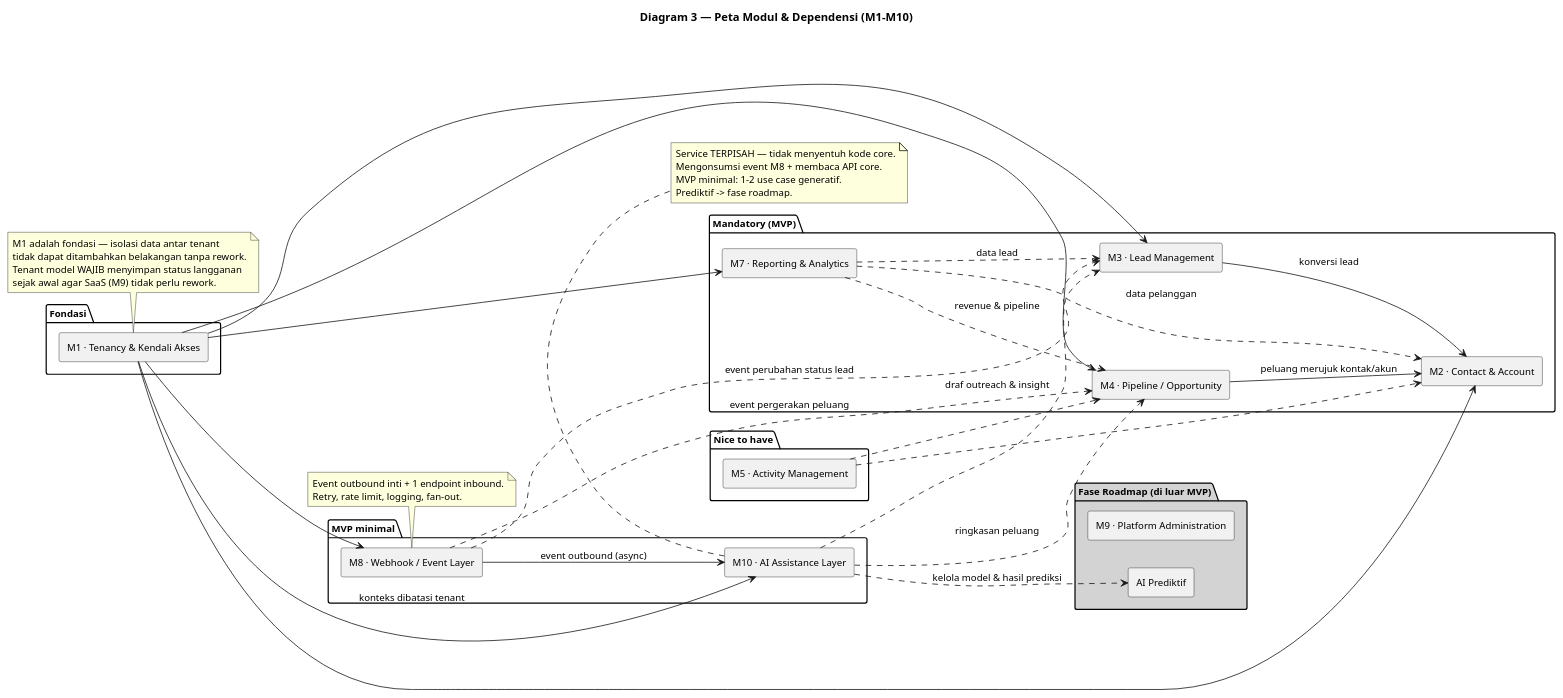
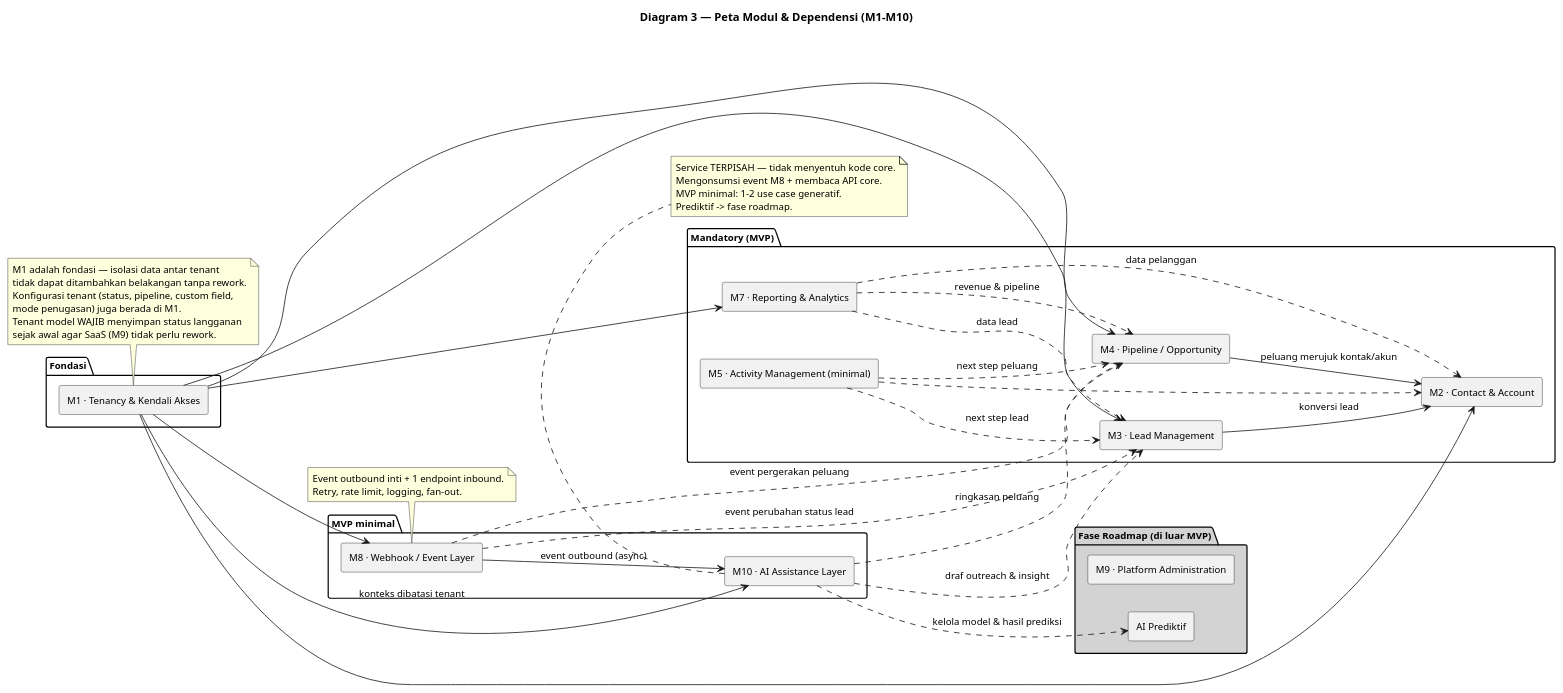
The diagram in knowledge/projects/bootcamp-crm/requirements/brd/diagrams/03-peta-modul.puml (yudha-tlab/ai-os-knowledge), drawn with PlantUML before and after one commit. The commit also changed 34 other files, not shown here.

First line of the commit message:
docs(bootcamp-crm): CR-20261013-001 — Activity mandatory minimal, konfigurasi tenant, penugasan lead; BRD v5.3 + spesifikasi v1.3

```diff
--- a/knowledge/projects/bootcamp-crm/requirements/brd/diagrams/03-peta-modul.puml
+++ b/knowledge/projects/bootcamp-crm/requirements/brd/diagrams/03-peta-modul.puml
@@ -1,74 +1,74 @@
 @startuml
 title Diagram 3 — Peta Modul & Dependensi (M1–M10)
 
 skinparam shadowing false
 skinparam componentStyle rectangle
 skinparam defaultFontSize 12
 left to right direction
 
 package "Fondasi" {
   [M1 · Tenancy & Kendali Akses] as M1
 }
 
 package "Mandatory (MVP)" {
   [M2 · Contact & Account] as M2
+  [M5 · Activity Management (minimal)] as M5
   [M3 · Lead Management] as M3
   [M4 · Pipeline / Opportunity] as M4
   [M7 · Reporting & Analytics] as M7
 }
 
 package "MVP minimal" {
   [M8 · Webhook / Event Layer] as M8
   [M10 · AI Assistance Layer] as M10
-}
-
-package "Nice to have" {
-  [M5 · Activity Management] as M5
 }
 
 package "Fase Roadmap (di luar MVP)" #LightGray {
   [M9 · Platform Administration] as M9
   [AI Prediktif] as AIP
 }
 
 M1 --> M2
 M1 --> M3
 M1 --> M4
 M1 --> M7
 M1 --> M8
 M1 --> M10 : konteks dibatasi tenant
 
 M3 --> M2 : konversi lead
 M4 --> M2 : peluang merujuk kontak/akun
 M7 ..> M4 : revenue & pipeline
 M7 ..> M3 : data lead
 M7 ..> M2 : data pelanggan
 M5 ..> M2
-M5 ..> M4
+M5 ..> M3 : next step lead
+M5 ..> M4 : next step peluang
 M8 ..> M3 : event perubahan status lead
 M8 ..> M4 : event pergerakan peluang
 
 M8 --> M10 : event outbound (async)
 M10 ..> M3 : draf outreach & insight
 M10 ..> M4 : ringkasan peluang
 M10 ..> AIP : kelola model & hasil prediksi
 
 note bottom of M1
   M1 adalah fondasi — isolasi data antar tenant
   tidak dapat ditambahkan belakangan tanpa rework.
+  Konfigurasi tenant (status, pipeline, custom field,
+  mode penugasan) juga berada di M1.
   Tenant model WAJIB menyimpan status langganan
   sejak awal agar SaaS (M9) tidak perlu rework.
 end note
 
 note bottom of M8
   Event outbound inti + 1 endpoint inbound.
   Retry, rate limit, logging, fan-out.
 end note
 
 note bottom of M10
   Service TERPISAH — tidak menyentuh kode core.
   Mengonsumsi event M8 + membaca API core.
   MVP minimal: 1-2 use case generatif.
   Prediktif -> fase roadmap.
 end note
 @enduml
```
